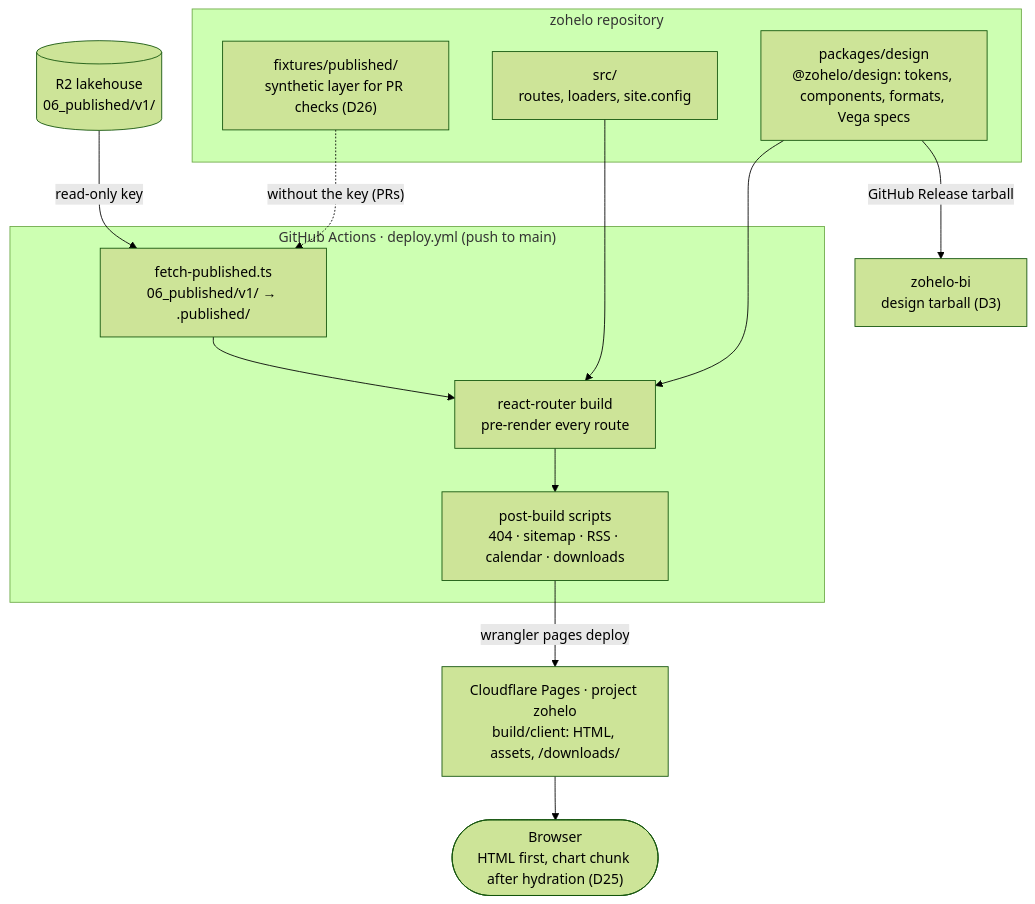
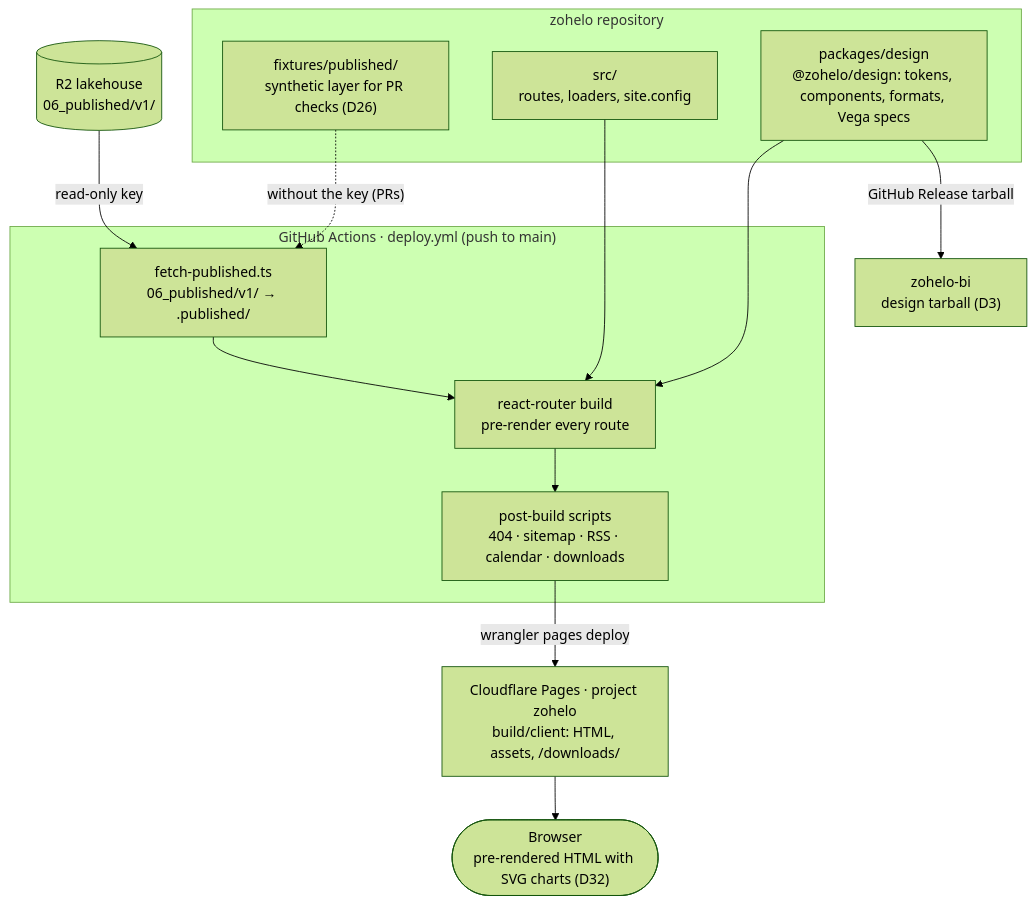
The second of 2 diagrams in docs/architecture/zohelo-com.md (zohelo/zohelo-data), drawn with Mermaid (forest theme) before and after one commit. The commit also changed other lines of this file and 2 other files, not shown here.

````diff
--- a/docs/architecture/zohelo-com.md
+++ b/docs/architecture/zohelo-com.md
@@ -55,26 +56,26 @@
 ```mermaid
 flowchart TB
   subgraph build["GitHub Actions · deploy.yml (push to main)"]
     fetch["fetch-published.ts<br/>06_published/v1/ → .published/"]
     rr["react-router build<br/>pre-render every route"]
     post["post-build scripts<br/>404 · sitemap · RSS · calendar · downloads"]
     fetch --> rr --> post
   end
   subgraph repo["zohelo repository"]
     app["src/<br/>routes, loaders, site.config"]
     design["packages/design<br/>@zohelo/design: tokens, components, formats, Vega specs"]
     fixtures["fixtures/published/<br/>synthetic layer for PR checks (D26)"]
   end
   r2[("R2 lakehouse<br/>06_published/v1/")]
   pages["Cloudflare Pages · project zohelo<br/>build/client: HTML, assets, /downloads/"]
-  browser(["Browser<br/>HTML first, chart chunk after hydration (D25)"])
+  browser(["Browser<br/>pre-rendered HTML with SVG charts (D32)"])
   bi["zohelo-bi<br/>design tarball (D3)"]
 
   r2 -- "read-only key" --> fetch
   fixtures -. "without the key (PRs)" .-> fetch
   app --> rr
   design --> rr
   post -- "wrangler pages deploy" --> pages
   pages --> browser
   design -- "GitHub Release tarball" --> bi
 ```
````
